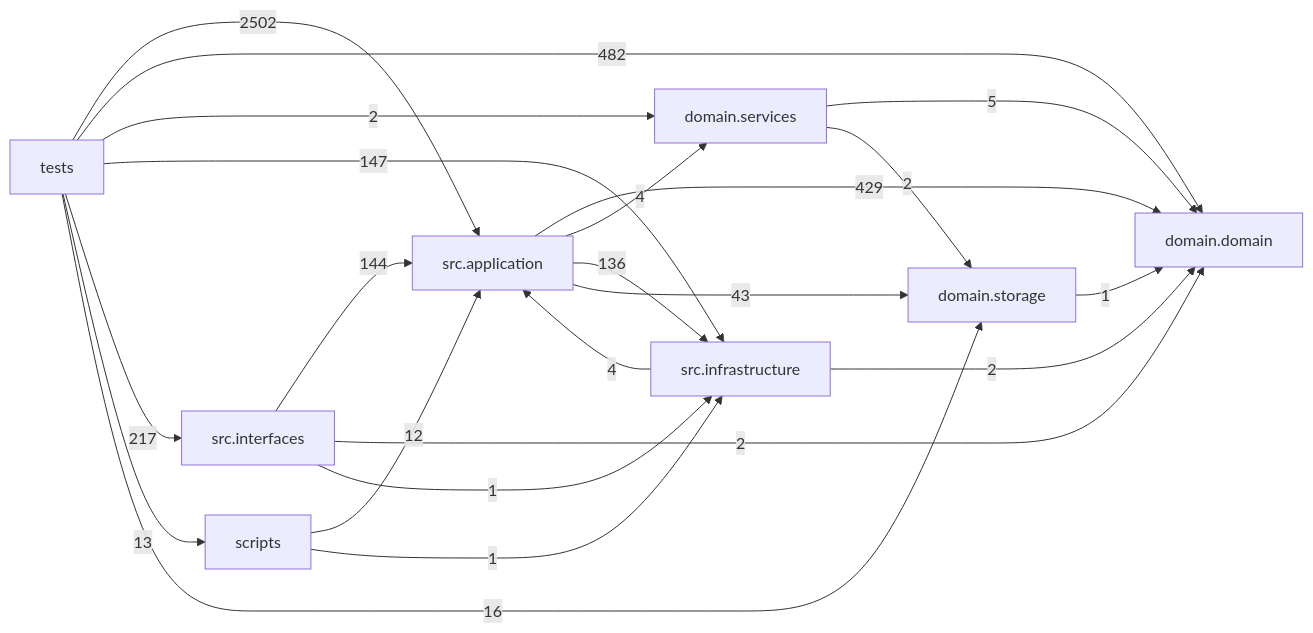
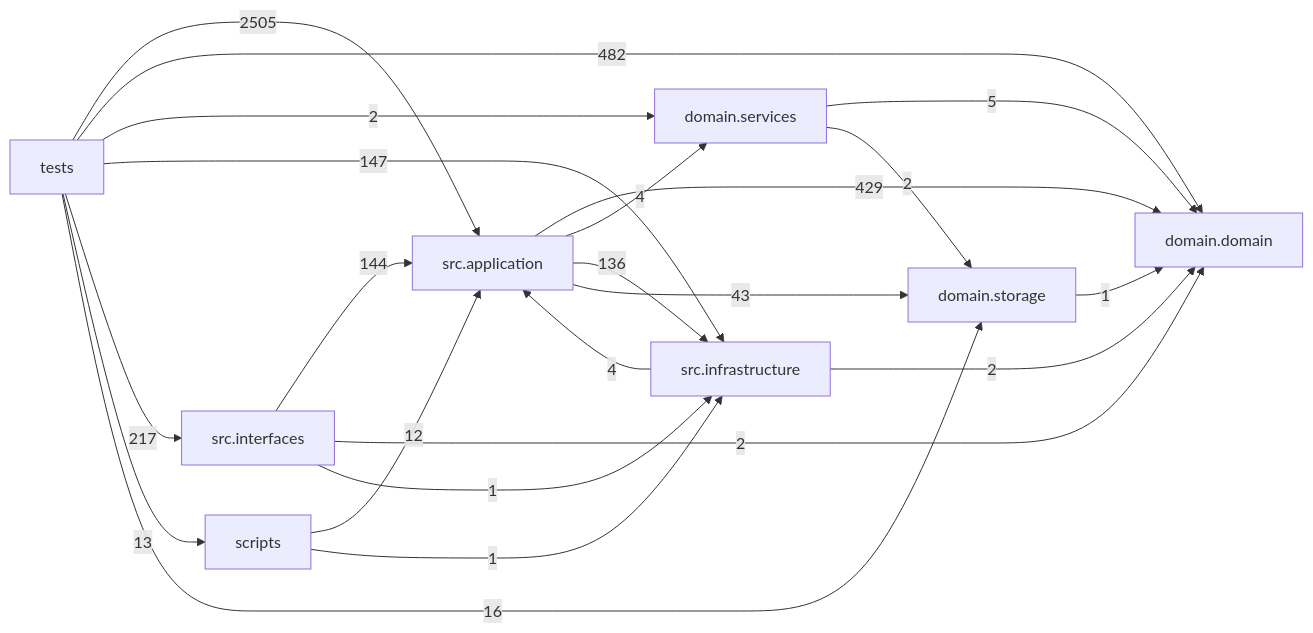
The diagram in docs/DEPENDENCY_GRAPH.md (liuxie066/options-monitor), drawn with Mermaid before and after one commit. The commit also changed other lines of this file and 14 other files, not shown here.

````diff
--- a/docs/DEPENDENCY_GRAPH.md
+++ b/docs/DEPENDENCY_GRAPH.md
@@ -24,32 +24,32 @@
 ```mermaid
 flowchart LR
   tests["tests"]
   scripts["scripts"]
   interfaces["src.interfaces"]
   application["src.application"]
   infrastructure["src.infrastructure"]
   domain_services["domain.services"]
   domain["domain.domain"]
   storage["domain.storage"]
   application -->|429| domain
   application -->|4| domain_services
   application -->|136| infrastructure
   application -->|43| storage
   domain_services -->|5| domain
   domain_services -->|2| storage
   infrastructure -->|4| application
   infrastructure -->|2| domain
   interfaces -->|144| application
   interfaces -->|2| domain
   interfaces -->|1| infrastructure
   scripts -->|12| application
   scripts -->|1| infrastructure
   storage -->|1| domain
-  tests -->|2502| application
+  tests -->|2505| application
   tests -->|482| domain
   tests -->|2| domain_services
   tests -->|147| infrastructure
   tests -->|217| interfaces
   tests -->|13| scripts
   tests -->|16| storage
 ```
````
